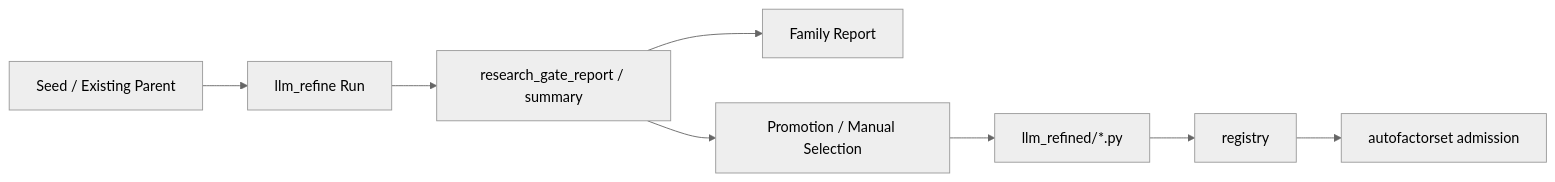
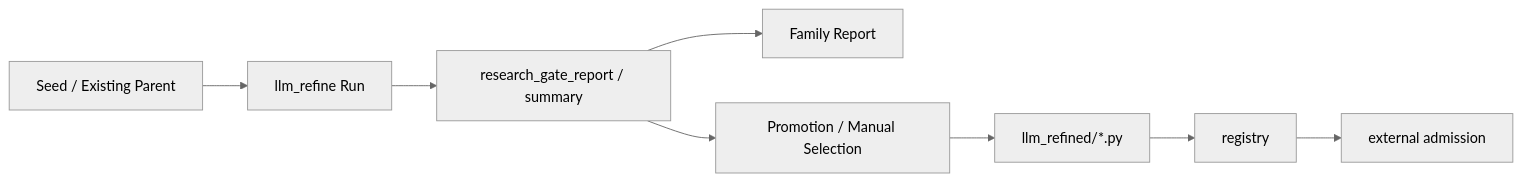
Before and after one commit to zhangxinyue1017/AlphaRefinery: the third of 3 diagrams in README.md, drawn with Mermaid (neutral theme). The commit also changed other lines of this file and 24 other files, not shown here.

````diff
--- a/README.md
+++ b/README.md
@@ -339,10 +318,10 @@
 ```mermaid
 graph LR
     A[Seed / Existing Parent] --> B[llm_refine Run]
     B --> C[research_gate_report / summary]
     C --> D[Family Report]
     C --> E[Promotion / Manual Selection]
     E --> F[llm_refined/*.py]
     F --> G[registry]
-    G --> H[autofactorset admission]
+    G --> H[external admission]
 ```
````
